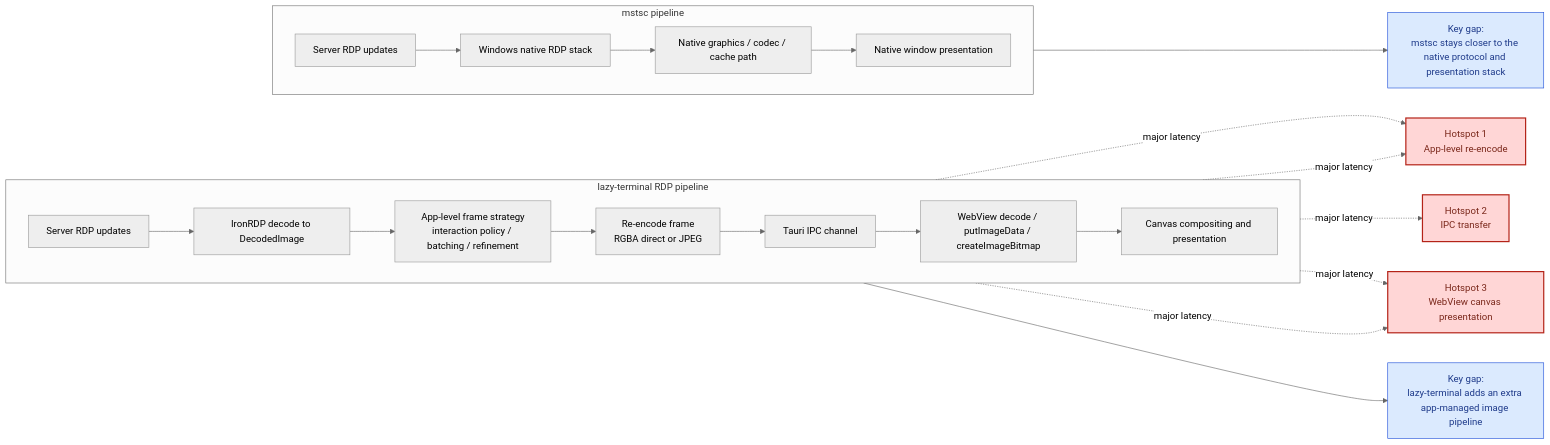
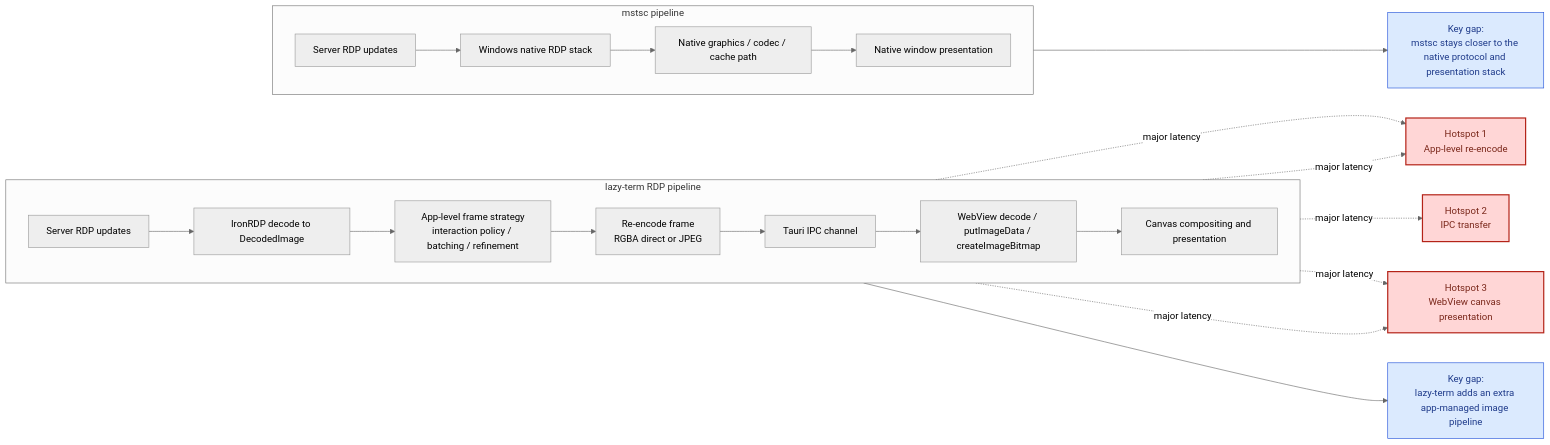
Before and after one commit to LeoJhon8/LazyTerm: the diagram in docs/rdp-pipeline-comparison.md, drawn with Mermaid (neutral theme). The commit also changed other lines of this file and 26 other files, not shown here.

Commit message:
feat: implement native RDP host sidecar and refactor application architecture with new state management and UI components

````diff
--- a/docs/rdp-pipeline-comparison.md
+++ b/docs/rdp-pipeline-comparison.md
@@ -3,40 +3,40 @@
 ```mermaid
 flowchart LR
-    subgraph LT["lazy-terminal RDP pipeline"]
+    subgraph LT["lazy-term RDP pipeline"]
         direction LR
         LT1["Server RDP updates"] --> LT2["IronRDP decode to DecodedImage"]
         LT2 --> LT3["App-level frame strategy\ninteraction policy / batching / refinement"]
         LT3 --> LT4["Re-encode frame\nRGBA direct or JPEG"]
         LT4 --> LT5["Tauri IPC channel"]
         LT5 --> LT6["WebView decode / putImageData / createImageBitmap"]
         LT6 --> LT7["Canvas compositing and presentation"]
     end
 
     subgraph MS["mstsc pipeline"]
         direction LR
         MS1["Server RDP updates"] --> MS2["Windows native RDP stack"]
         MS2 --> MS3["Native graphics / codec / cache path"]
         MS3 --> MS4["Native window presentation"]
     end
 
     H1["Hotspot 1\nApp-level re-encode"]
     H2["Hotspot 2\nIPC transfer"]
     H3["Hotspot 3\nWebView canvas presentation"]
 
     LT3 -. major latency .-> H1
     LT4 -. major latency .-> H1
     LT5 -. major latency .-> H2
     LT6 -. major latency .-> H3
     LT7 -. major latency .-> H3
 
-    Gap1["Key gap:\nlazy-terminal adds an extra app-managed image pipeline"]
+    Gap1["Key gap:\nlazy-term adds an extra app-managed image pipeline"]
     Gap2["Key gap:\nmstsc stays closer to the native protocol and presentation stack"]
 
     LT7 --> Gap1
     MS4 --> Gap2
 
     classDef hotspot fill:#ffd6d6,stroke:#b42318,color:#7a271a,stroke-width:2px;
     classDef note fill:#dbeafe,stroke:#1d4ed8,color:#1e3a8a,stroke-width:1px;
     class H1,H2,H3 hotspot;
     class Gap1,Gap2 note;
 ```
````
